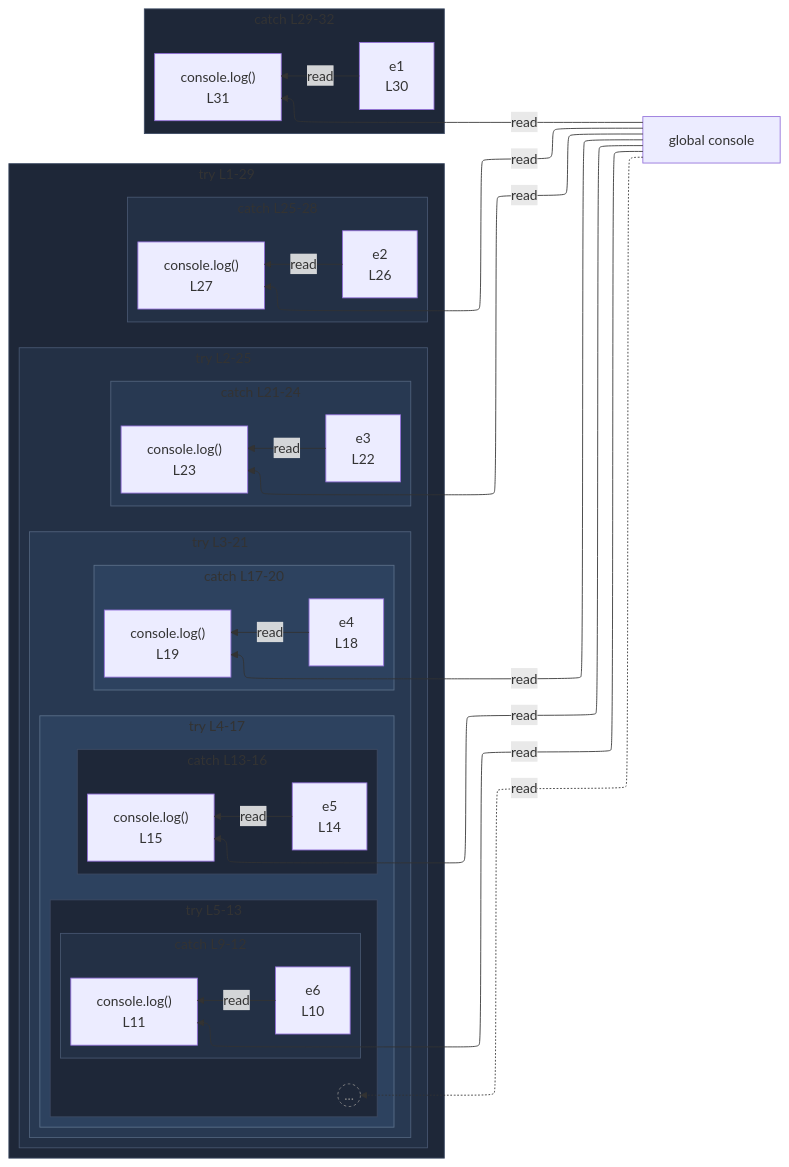
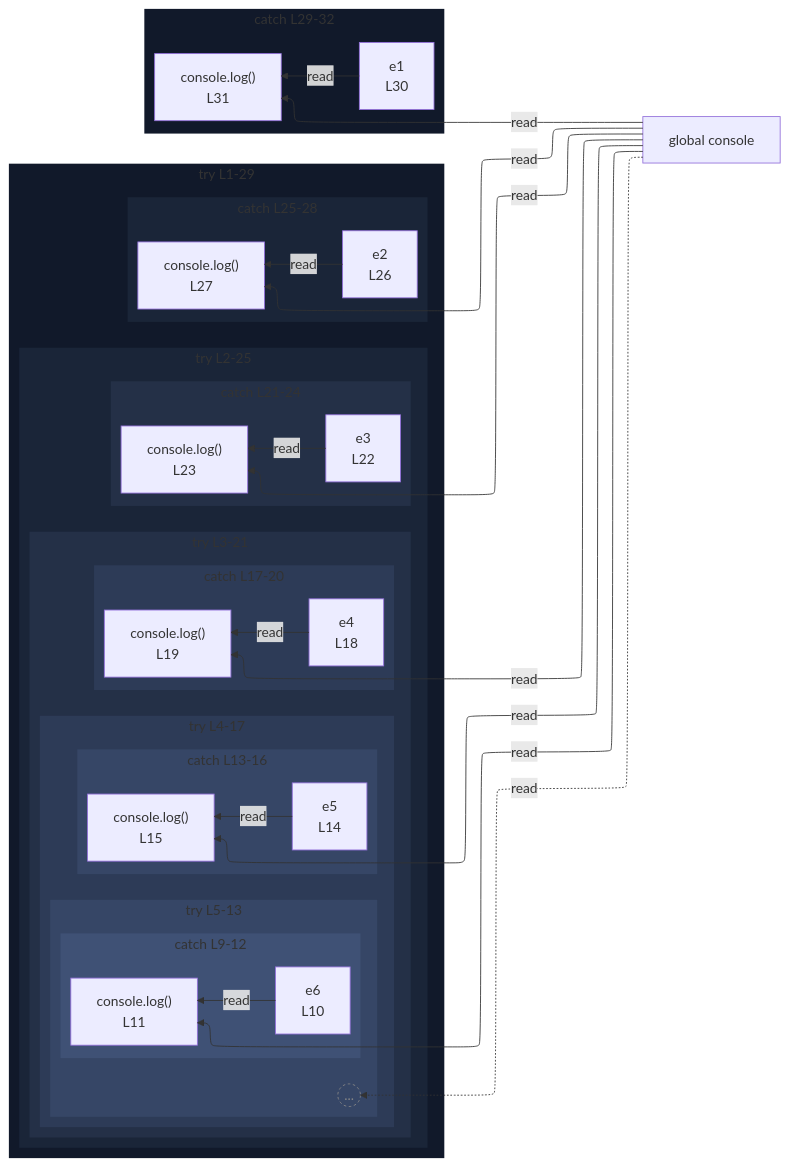
One commit to crescware/unsnarl changed the diagram in integration/fixtures/app-behavior/depth/try-catch-finally/depth-5/preview.md. Above: the diagram before and after it, drawn with Mermaid. The commit also changed 263 other files, not shown here.

````diff
--- a/integration/fixtures/app-behavior/depth/try-catch-finally/depth-5/preview.md
+++ b/integration/fixtures/app-behavior/depth/try-catch-finally/depth-5/preview.md
@@ -110,19 +110,21 @@
   n_scope_12_e1_507 -->|read| expr_stmt_520
   classDef boundaryStub fill:transparent,stroke:#888,stroke-dasharray:3 3,color:#888;
   class beyond_depth_s_scope_5 boundaryStub;
-  classDef nestL1 fill:#1e2738,stroke:#3d4a63;
+  classDef nestL1 fill:#11192a,stroke:transparent;
   class s_scope_1 nestL1;
-  class s_scope_5 nestL1;
-  class s_scope_8 nestL1;
   class s_scope_12 nestL1;
-  classDef nestL2 fill:#233045,stroke:#475670;
+  classDef nestL2 fill:#1a2538,stroke:transparent;
   class s_scope_2 nestL2;
-  class s_scope_7 nestL2;
   class s_scope_11 nestL2;
-  classDef nestL3 fill:#283952,stroke:#51637d;
+  classDef nestL3 fill:#243047,stroke:transparent;
   class s_scope_3 nestL3;
   class s_scope_10 nestL3;
-  classDef nestL4 fill:#2d425f,stroke:#5b708a;
+  classDef nestL4 fill:#2d3b57,stroke:transparent;
   class s_scope_4 nestL4;
   class s_scope_9 nestL4;
+  classDef nestL5 fill:#364666,stroke:transparent;
+  class s_scope_5 nestL5;
+  class s_scope_8 nestL5;
+  classDef nestL6 fill:#3f5175,stroke:transparent;
+  class s_scope_7 nestL6;
 ```
````
